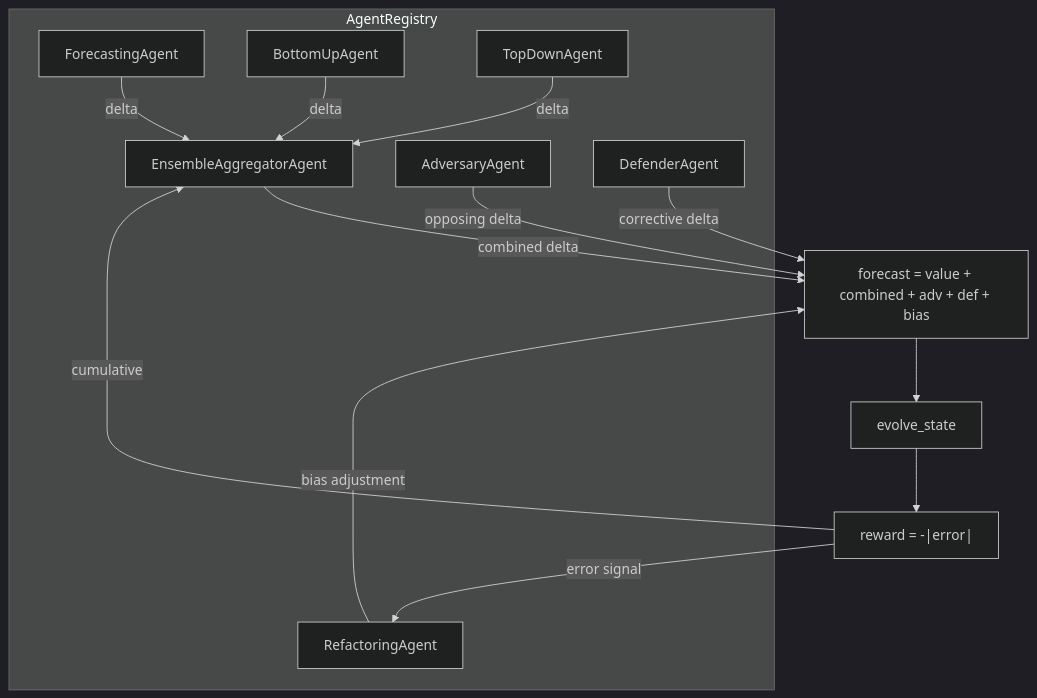
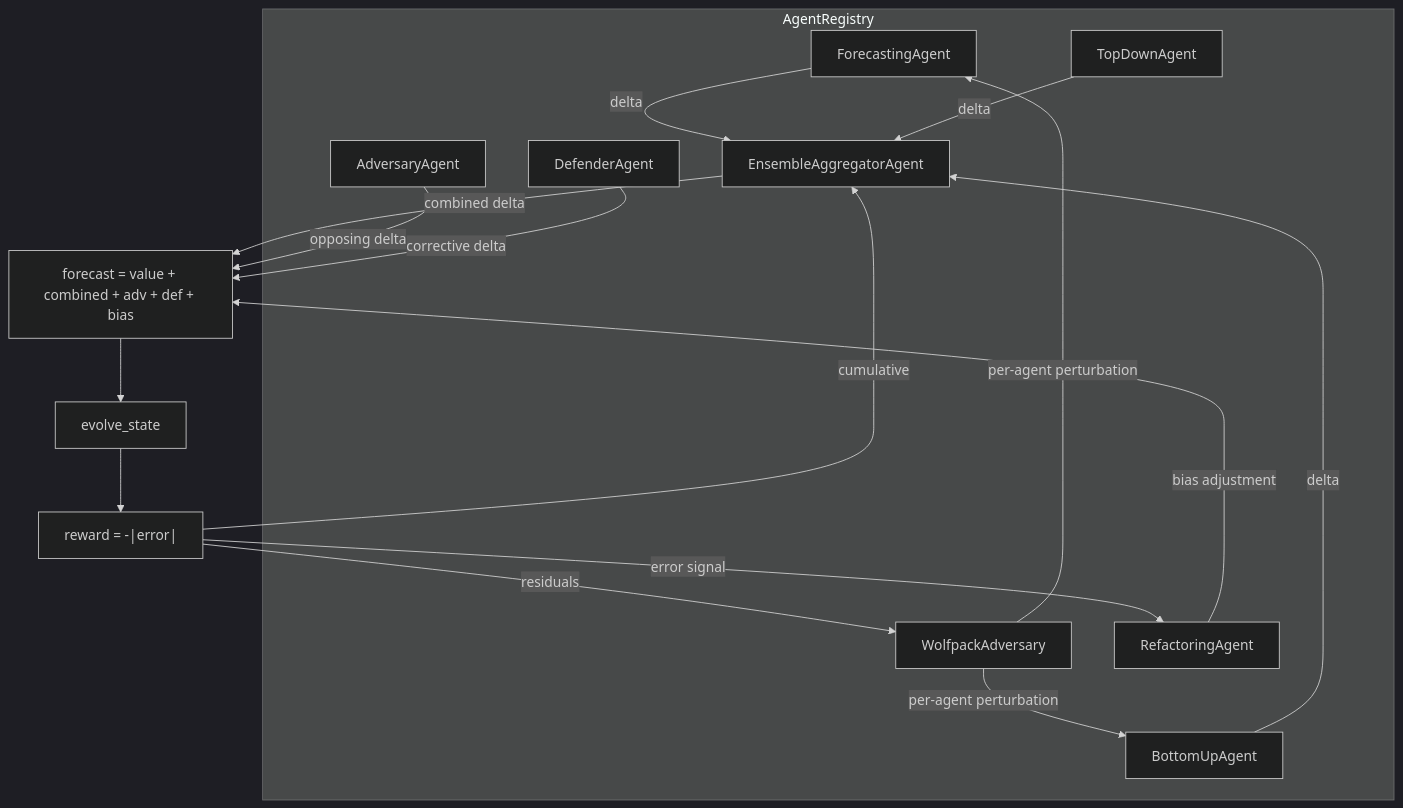
The diagram in docs/agents.md (tripp-smith/marl-forecast-game), drawn with Mermaid (dark theme) before and after one commit. The commit also changed other lines of this file and 37 other files, not shown here.

````diff
--- a/docs/agents.md
+++ b/docs/agents.md
@@ -157,24 +211,28 @@
 ```mermaid
 graph TB
     subgraph registry ["AgentRegistry"]
         F1["ForecastingAgent"]
         F2["BottomUpAgent"]
         F3["TopDownAgent"]
         Agg["EnsembleAggregatorAgent"]
         Adv["AdversaryAgent"]
+        Wolf["WolfpackAdversary"]
         Def["DefenderAgent"]
         Ref["RefactoringAgent"]
     end
 
     F1 -->|delta| Agg
     F2 -->|delta| Agg
     F3 -->|delta| Agg
+    Wolf -->|"per-agent perturbation"| F1
+    Wolf -->|"per-agent perturbation"| F2
     Agg -->|combined delta| Forecast["forecast = value + combined + adv + def + bias"]
     Adv -->|opposing delta| Forecast
     Def -->|corrective delta| Forecast
     Ref -->|bias adjustment| Forecast
     Forecast --> Evolve["evolve_state"]
     Evolve --> Reward["reward = -|error|"]
     Reward -->|cumulative| Agg
     Reward -->|error signal| Ref
+    Reward -->|residuals| Wolf
 ```
````
